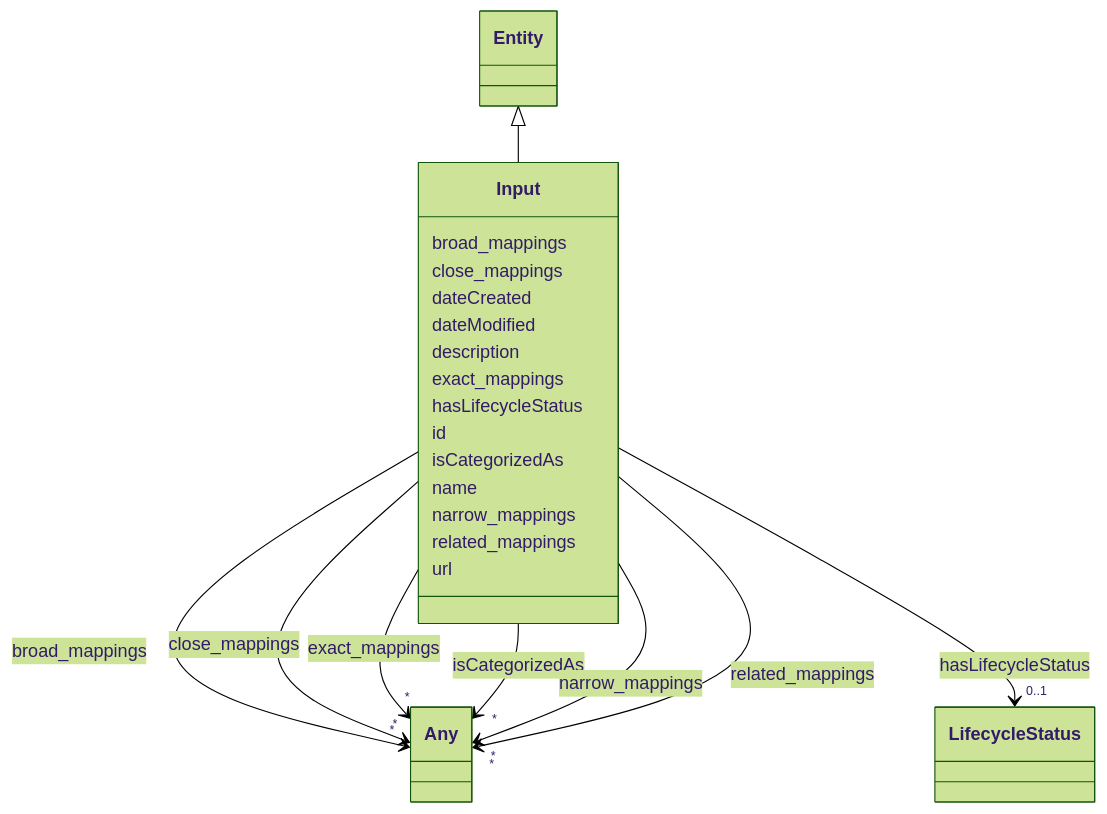
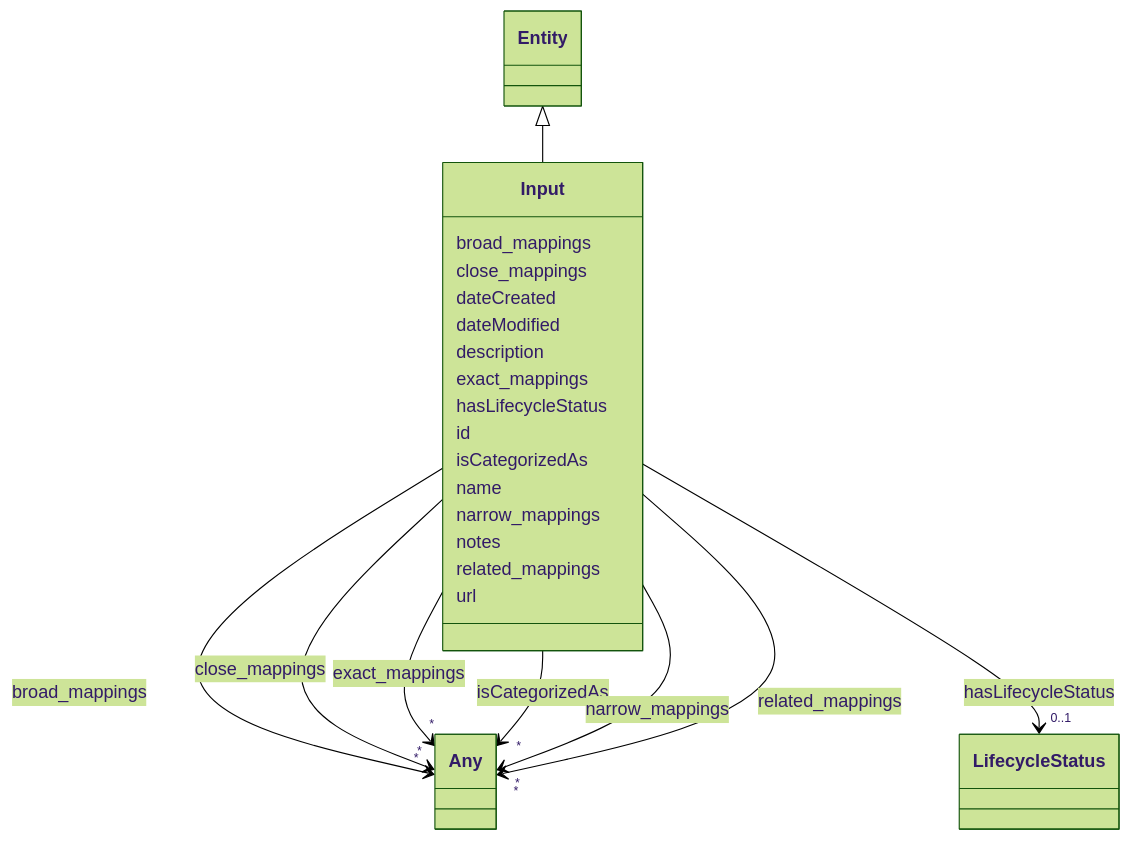
The diagram in docs/ontology/Input.md (ingelise/risk-atlas-nexus), drawn with Mermaid (forest theme) before and after one commit. The commit also changed other lines of this file and 318 other files, not shown here.

```diff
--- a/docs/ontology/Input.md
+++ b/docs/ontology/Input.md
@@ -94,6 +94,8 @@
 
 
 
+      Input : notes
+
       Input : related_mappings
 
 
```
